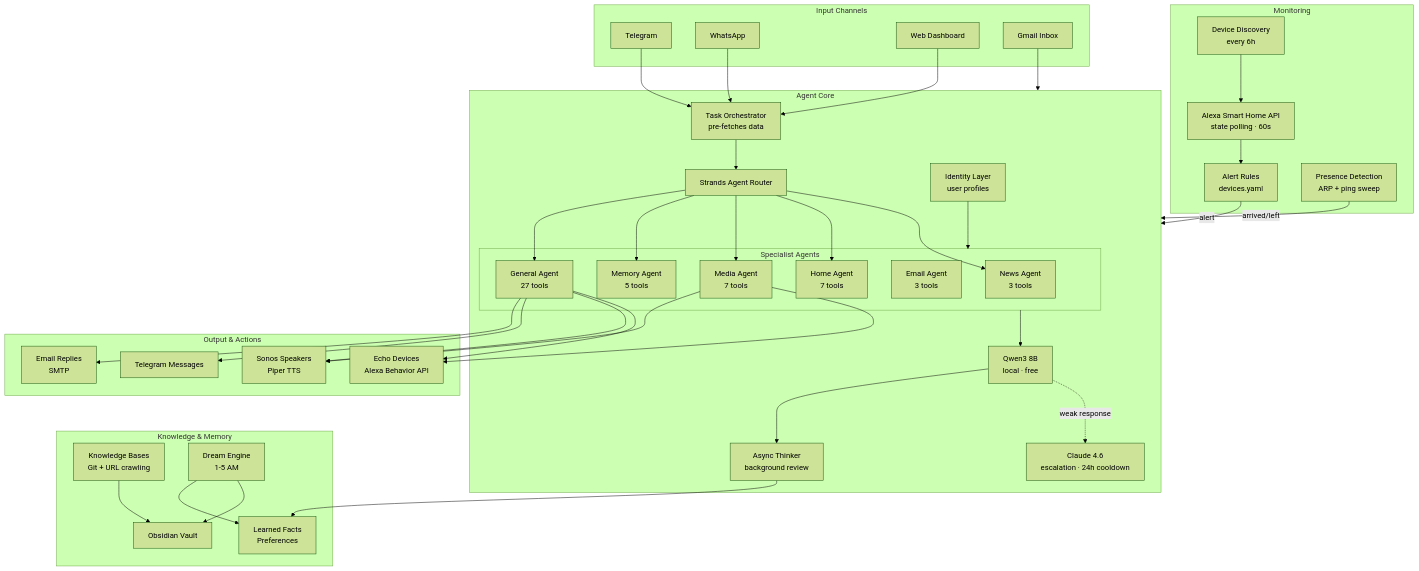
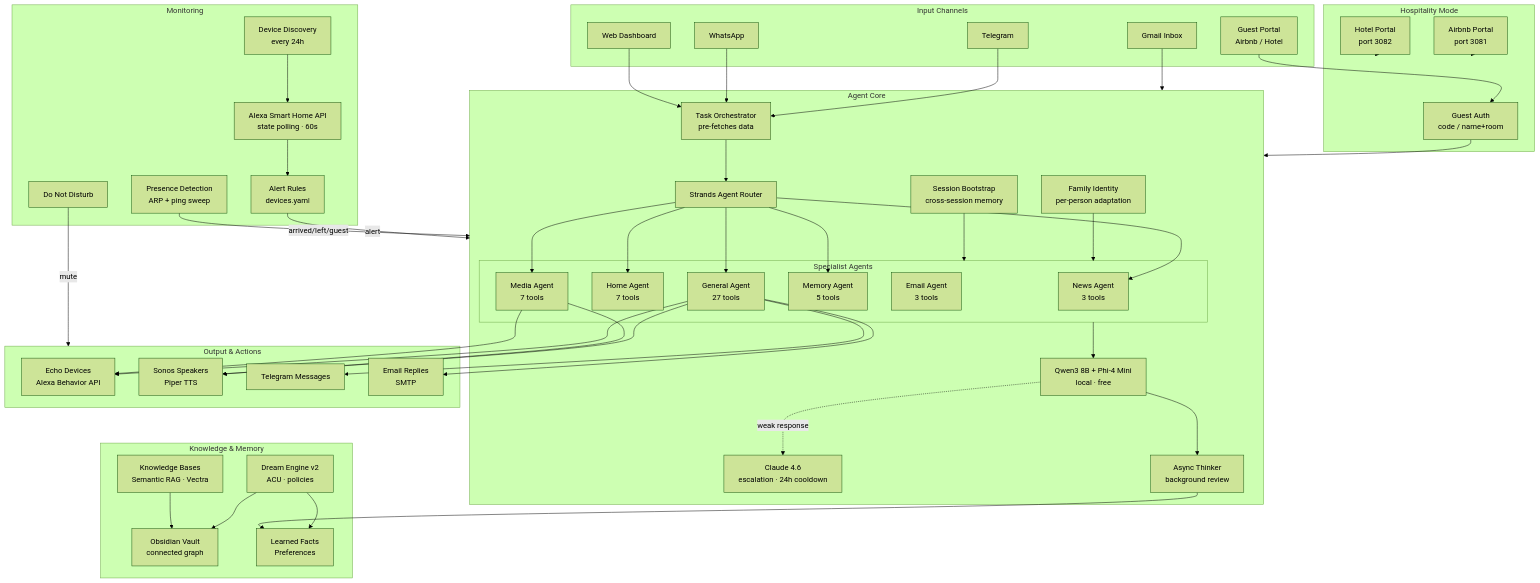
One commit to sdpoueme/vertex-nova changed the first of 3 diagrams in README.md. Above: the diagram before and after it, drawn with Mermaid (forest theme). The commit also changed other lines of this file and 2 other files, not shown here.

Commit message:
docs: genericize README, add French install guide, fix config panel
- Removed all personal references from README (names, MACs, locations)
  replaced with generic examples (Alice, aa:bb:cc:dd:ee:ff)
- Updated architecture diagram with all new components (hospitality,
  family identity, session bootstrap, DND, semantic RAG, multi-model)
- Genericized vault graph diagram (owner/family instead of personal names)
- Created docs/INSTALLATION-FR.md — complete French installation guide
- Fixed ConfigPanel crash: added missing StatusIndicator import
  (used in model manager but not imported)

````diff
--- a/README.md
+++ b/README.md
@@ -19,6 +19,7 @@
         TG[Telegram]
         WA[WhatsApp]
         WEB[Web Dashboard]
+        GUEST[Guest Portal<br/>Airbnb / Hotel]
         EMAIL_IN[Gmail Inbox]
     end
 
@@ -33,10 +34,11 @@
             EMAIL[Email Agent<br/>3 tools]
             GEN[General Agent<br/>27 tools]
         end
-        OLLAMA[Qwen3 8B<br/>local · free]
+        OLLAMA[Qwen3 8B + Phi-4 Mini<br/>local · free]
         CLAUDE[Claude 4.6<br/>escalation · 24h cooldown]
         THINKER[Async Thinker<br/>background review]
-        IDENTITY[Identity Layer<br/>user profiles]
+        IDENTITY[Family Identity<br/>per-person adaptation]
+        BOOTSTRAP[Session Bootstrap<br/>cross-session memory]
     end
 
     subgraph Output["Output & Actions"]
@@ -48,21 +50,30 @@
 
     subgraph Monitor["Monitoring"]
         ALEXA_API[Alexa Smart Home API<br/>state polling · 60s]
-        DISCOVER[Device Discovery<br/>every 6h]
+        DISCOVER[Device Discovery<br/>every 24h]
         RULES[Alert Rules<br/>devices.yaml]
         PRESENCE[Presence Detection<br/>ARP + ping sweep]
+        DND[Do Not Disturb]
     end
 
     subgraph Knowledge["Knowledge & Memory"]
-        VAULT[Obsidian Vault]
-        KB[Knowledge Bases<br/>Git + URL crawling]
-        DREAM[Dream Engine<br/>1-5 AM]
+        VAULT[Obsidian Vault<br/>connected graph]
+        KB[Knowledge Bases<br/>Semantic RAG · Vectra]
+        DREAM[Dream Engine v2<br/>ACU · policies]
         MEMORIES[Learned Facts<br/>Preferences]
+    end
+
+    subgraph Hospitality["Hospitality Mode"]
+        AIRBNB[Airbnb Portal<br/>port 3081]
+        HOTEL[Hotel Portal<br/>port 3082]
+        GUESTAUTH[Guest Auth<br/>code / name+room]
     end
 
     TG --> ORCH
     WA --> ORCH
     WEB --> ORCH
+    GUEST --> GUESTAUTH
+    GUESTAUTH --> Core
     EMAIL_IN --> Core
 
     ORCH --> ROUTER
@@ -71,6 +82,7 @@
     OLLAMA -.->|weak response| CLAUDE
     OLLAMA --> THINKER
     IDENTITY --> Agents
+    BOOTSTRAP --> Agents
 
     GEN --> ECHO & SONOS & TG_OUT & EMAIL_OUT
     MEDIA --> ECHO & SONOS
@@ -78,9 +90,13 @@
     ALEXA_API --> RULES
     DISCOVER --> ALEXA_API
     RULES -->|alert| Core
-    PRESENCE -->|arrived/left| Core
+    PRESENCE -->|arrived/left/guest| Core
+    DND -->|mute| Output
 
     DREAM --> VAULT & MEMORIES
     KB --> VAULT
     THINKER --> MEMORIES
+
+    AIRBNB --> Hospitality
+    HOTEL --> Hospitality
 ```
````
